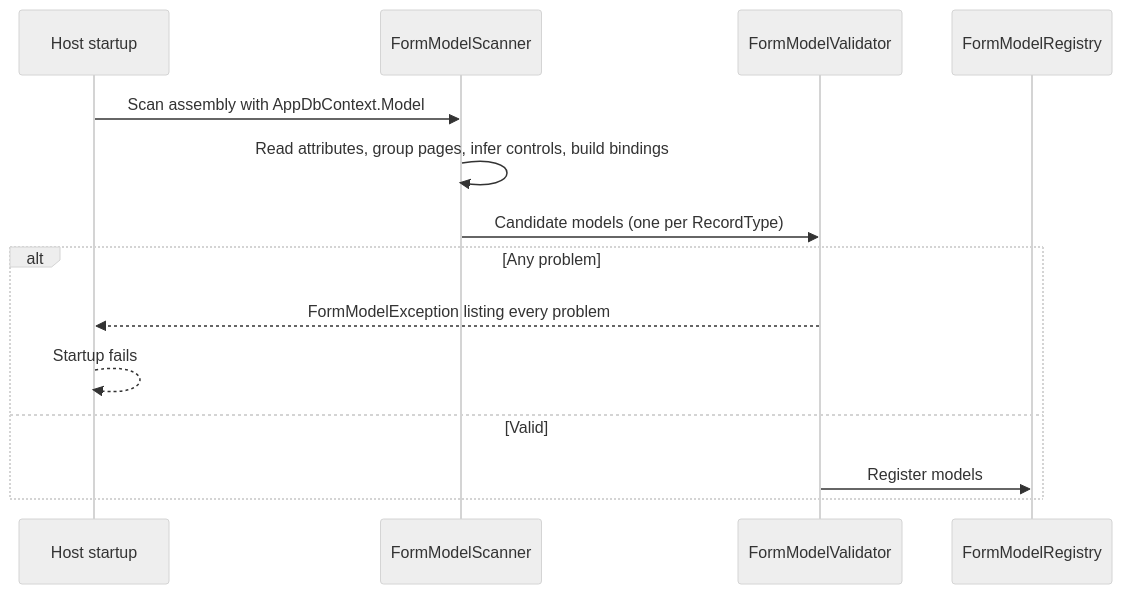
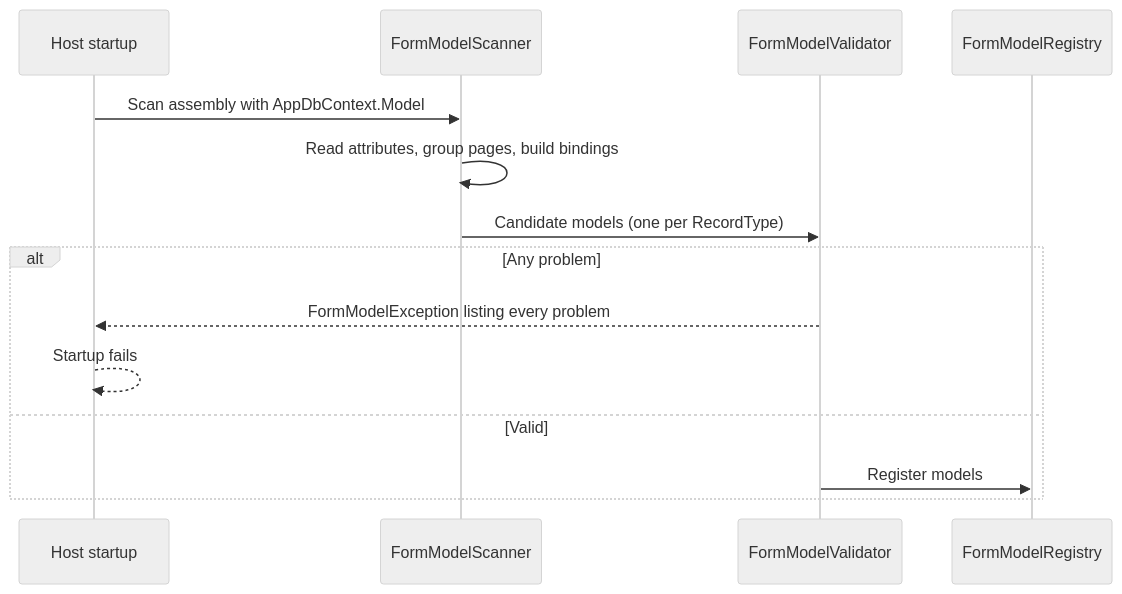
One commit to ditnice/aws-UKPS changed the third of 6 diagrams in documentation/form-generation/high-level-design.md. Above: the diagram before and after it, drawn with Mermaid (neutral theme). The commit also changed other lines of this file and 10 other files, not shown here.

````diff
--- a/documentation/form-generation/high-level-design.md
+++ b/documentation/form-generation/high-level-design.md
@@ -404,16 +405,16 @@
 ```mermaid
 sequenceDiagram
     participant H as Host startup
     participant S as FormModelScanner
     participant V as FormModelValidator
     participant R as FormModelRegistry
     H->>S: Scan assembly with AppDbContext.Model
-    S->>S: Read attributes, group pages, infer controls, build bindings
+    S->>S: Read attributes, group pages, build bindings
     S->>V: Candidate models (one per RecordType)
     alt Any problem
         V-->>H: FormModelException listing every problem
         H-->>H: Startup fails
     else Valid
         V->>R: Register models
     end
 ```
````
